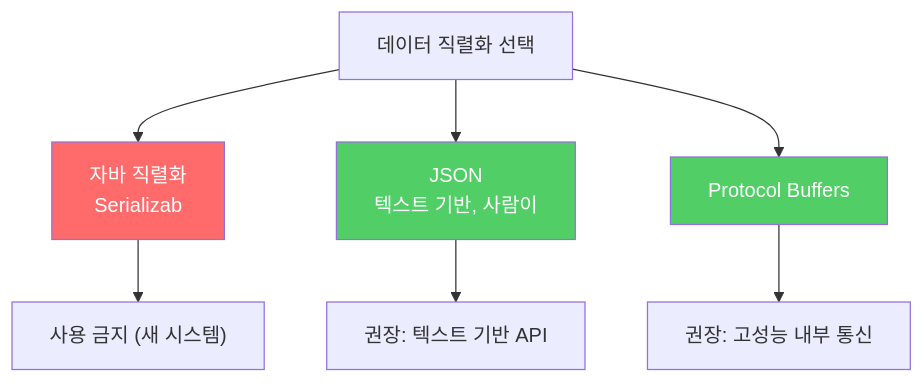
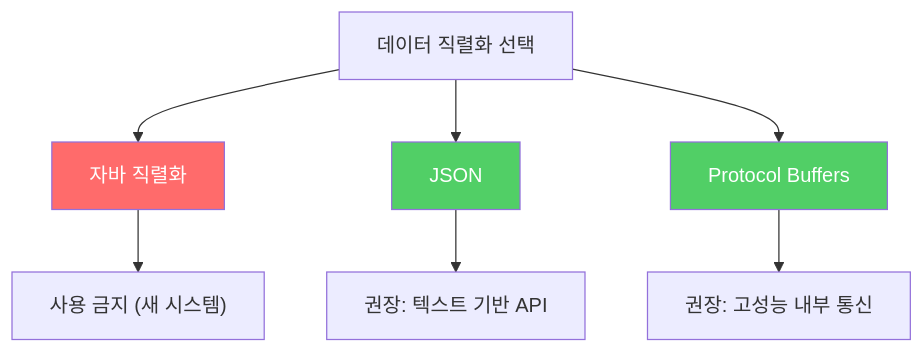
Before and after one commit to yjkim2015/yjkim2015.github.io: the diagram in _posts/java/2022-03-09-effective-java85.md, drawn with Mermaid. The commit also changed 217 other files, not shown here.

First line of the commit message:
Mermaid 크기 수정: useMaxWidth:true + SVG max-width:100% + 라벨 축소

````diff
--- a/_posts/java/2022-03-09-effective-java85.md
+++ b/_posts/java/2022-03-09-effective-java85.md
@@ -64,12 +64,12 @@
 ```mermaid
 graph TD
-    A["데이터 직렬화 선택"] --> B["자바 직렬화\nSerializab"]
-    A --> C["JSON\n텍스트 기반, 사람이"]
-    A --> D["Protocol Buffers\n"]
+    A["데이터 직렬화 선택"] --> B["자바 직렬화"]
+    A --> C["JSON"]
+    A --> D["Protocol Buffers"]
     B --> E["사용 금지 (새 시스템)"]
     C --> F["권장: 텍스트 기반 API"]
     D --> G["권장: 고성능 내부 통신"]
     style B fill:#ff6b6b,color:#fff
     style C fill:#51cf66,color:#fff
     style D fill:#51cf66,color:#fff
 ```
````
